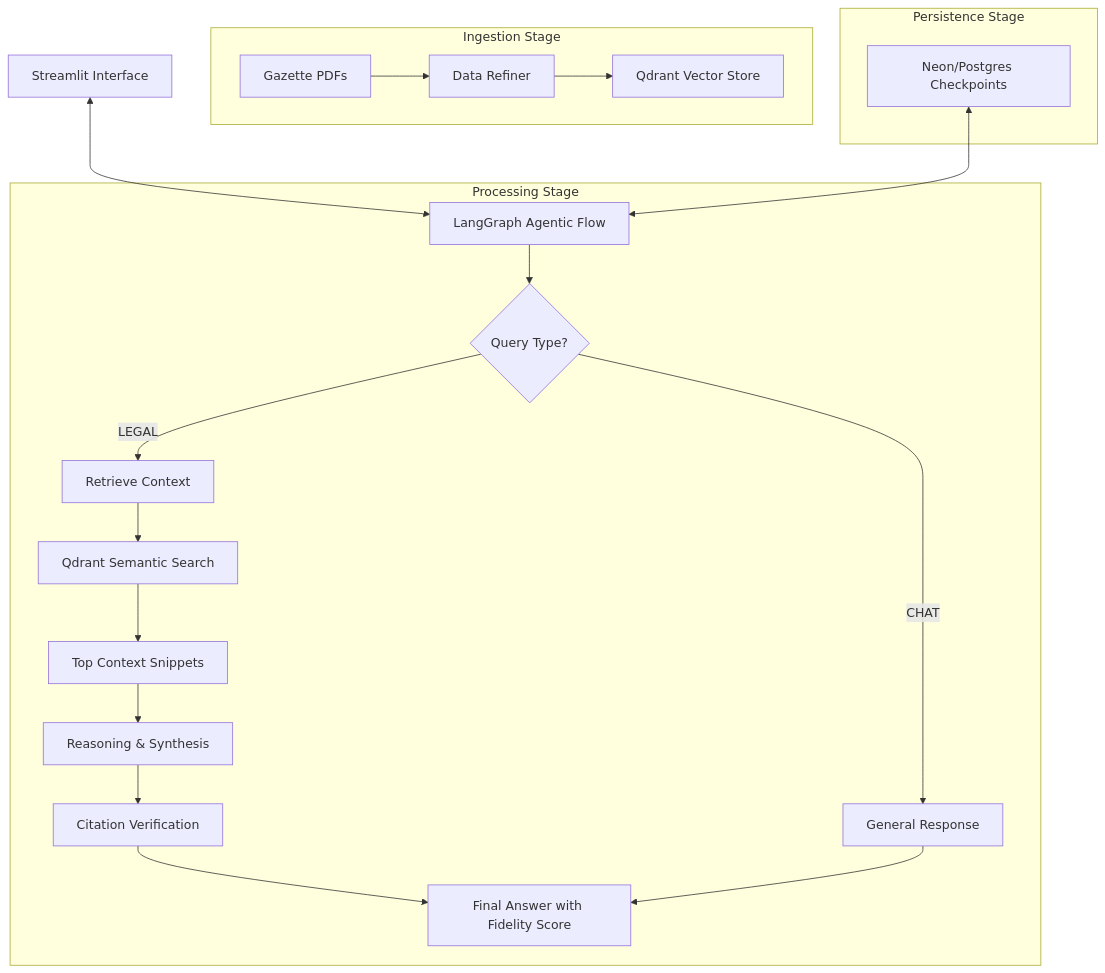
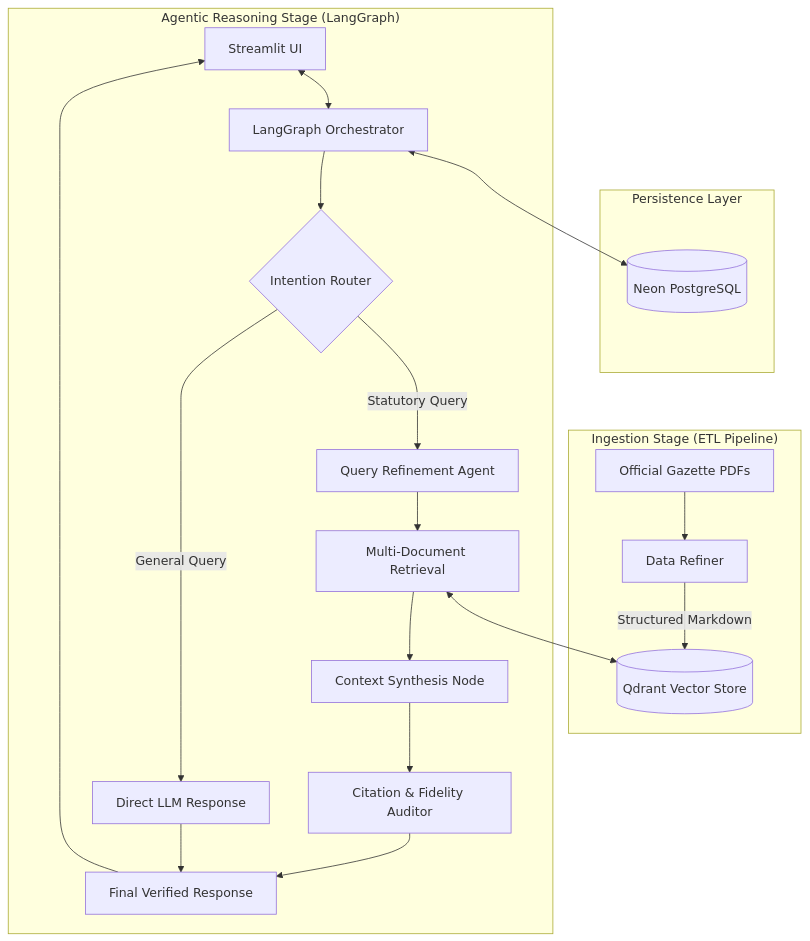
Before and after one commit to tusharmishra288/LegisYukti: the diagram in README.md, drawn with Mermaid. The commit also changed other lines of this file, not shown here.

Commit message:
diagram changes

````diff
--- a/README.md
+++ b/README.md
@@ -77,28 +78,32 @@
 ```mermaid
 flowchart TB
-    subgraph "Ingestion Stage"
-        X[Gazette PDFs] --> Refiner[Data Refiner]
-        Refiner --> Y[Qdrant Vector Store]
+    subgraph "Ingestion Stage (ETL Pipeline)"
+        A[Official Gazette PDFs] --> B[Data Refiner]
+        B -->|Structured Markdown| C[(Qdrant Vector Store)]
     end
 
-    subgraph "Persistence Stage"
-        M[Neon/Postgres Checkpoints]
+    subgraph "Persistence Layer"
+        D[(Neon PostgreSQL)]
     end
 
-    subgraph "Processing Stage"
-        C[LangGraph Agentic Flow] --> D{Query Type?}
-        D -->|"LEGAL"| E[Retrieve Context]
-        D -->|"CHAT"| F[General Response]
-
-        E --> G[Qdrant Semantic Search]
-        G --> H[Top Context Snippets]
-        H --> I[Reasoning & Synthesis]
-        I --> J[Citation Verification]
-        J --> K[Final Answer with Fidelity Score]
-
-        F --> K
+    subgraph "Agentic Reasoning Stage (LangGraph)"
+        E[Streamlit UI] <--> F[LangGraph Orchestrator]
+        F <--> D
+        
+        F --> G{Intention Router}
+        
+        G -->|General Query| H[Direct LLM Response]
+        G -->|Statutory Query| I[Query Refinement Agent]
+        
+        I --> J[Multi-Document Retrieval]
+        J <--> C
+        
+        J --> K[Context Synthesis Node]
+        K --> L[Citation & Fidelity Auditor]
+        L --> M[Final Verified Response]
+        
+        H --> M
     end
 
-    Z[Streamlit Interface] <--> C
-    M <--> C
+    M --> E
 ```
````
